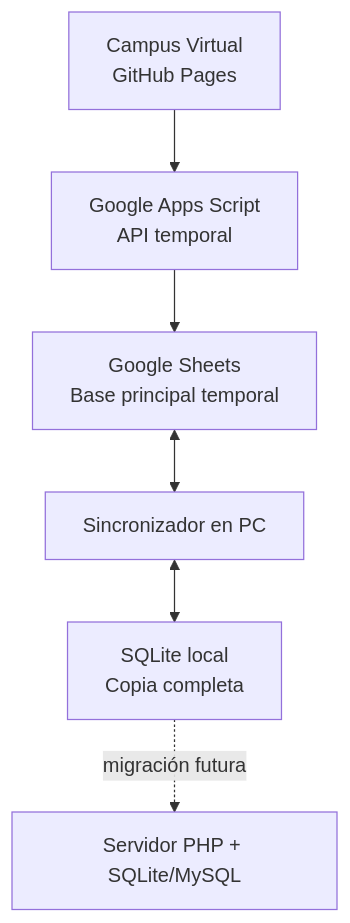
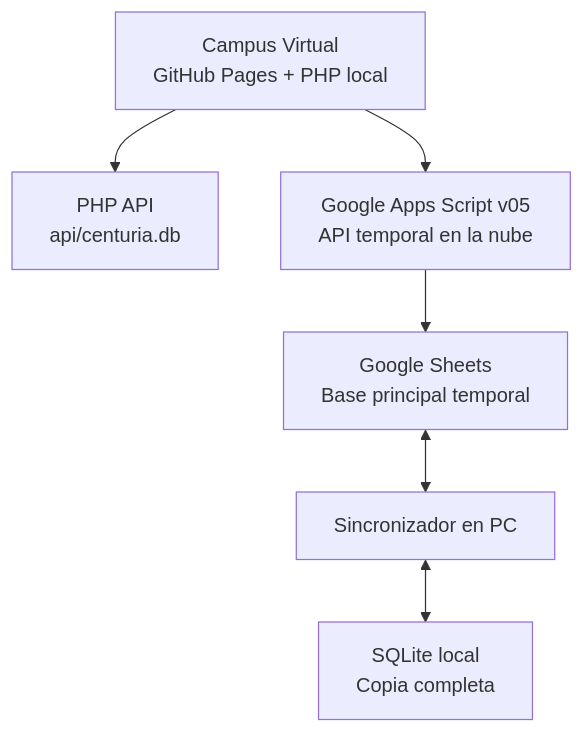
Before and after one commit to wmlumen/CampusVirtual: the diagram in app/docs/PROMPT_MAESTRO_CENTURIA.md, drawn with Mermaid. The commit also changed other lines of this file, not shown here.

First line of the commit message:
docs: Actualizar PROMPT_MAESTRO a v9.0 con roadmap completo y estado detallado

````diff
--- a/app/docs/PROMPT_MAESTRO_CENTURIA.md
+++ b/app/docs/PROMPT_MAESTRO_CENTURIA.md
@@ -10,8 +10,8 @@
 ```mermaid
 flowchart TD
-    A["Campus Virtual<br>GitHub Pages"] --> B["Google Apps Script<br>API temporal"]
-    B --> C["Google Sheets<br>Base principal temporal"]
-    C <--> D["Sincronizador en PC"]
-    D <--> E["SQLite local<br>Copia completa"]
-    E -. migración futura .-> F["Servidor PHP + SQLite/MySQL"]
+    A["Campus Virtual<br>GitHub Pages + PHP local"] --> B["PHP API<br>api/centuria.db"]
+    A --> C["Google Apps Script v05<br>API temporal en la nube"]
+    C --> D["Google Sheets<br>Base principal temporal"]
+    D <--> E["Sincronizador en PC"]
+    E <--> F["SQLite local<br>Copia completa"]
 ```
````
